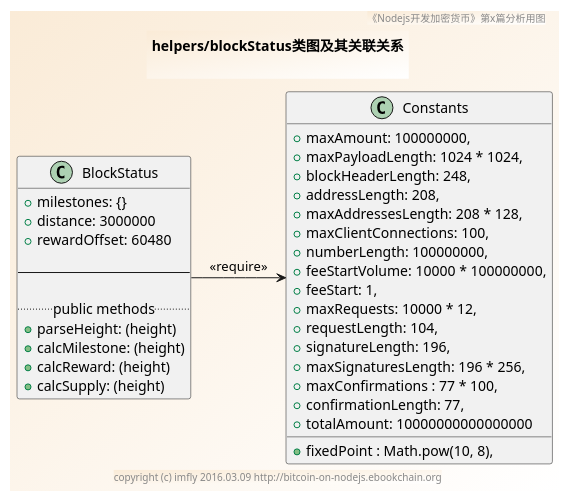
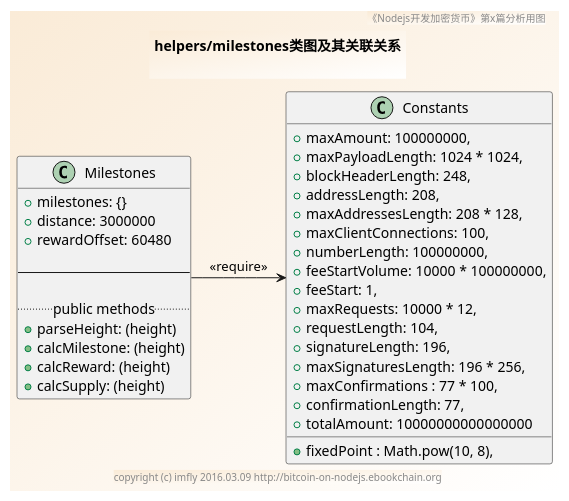
The diagram in sources/helpers/blockStatus/class.pu (brightmanforever022/bitcoin-on-nodejs), drawn with PlantUML before and after one commit. The commit also changed 5 other files, not shown here.

```diff
--- a/sources/helpers/blockStatus/class.pu
+++ b/sources/helpers/blockStatus/class.pu
@@ -1,49 +1,49 @@
-@startuml ../../../styles/images/helpers/blockStatus/class.png
+@startuml ../../../styles/images/helpers/milestones/class.png
   skinparam BorderColor #blue\9932CC
   skinparam backgroundcolor AntiqueWhite/white
 
   title
-  helpers/blockStatus类图及其关联关系
+  helpers/milestones类图及其关联关系
 
   end title
   footer copyright (c) imfly 2016.03.09 http://bitcoin-on-nodejs.ebookchain.org
   header 《Nodejs开发加密货币》第x篇分析用图
 
-  ' helpers/blockStatus.js
-  Class BlockStatus {
+  ' helpers/milestones.js
+  Class Milestones {
     +milestones: {}
     +distance: 3000000
     +rewardOffset: 60480
 
     --
 
     .. public methods ..
     +parseHeight: (height)
     +calcMilestone: (height)
     +calcReward: (height)
     +calcSupply: (height)
   }
 
   Class Constants {
   	+maxAmount: 100000000,
   	+maxPayloadLength: 1024 * 1024,
   	+blockHeaderLength: 248,
   	+addressLength: 208,
   	+maxAddressesLength: 208 * 128,
   	+maxClientConnections: 100,
   	+numberLength: 100000000,
   	+feeStartVolume: 10000 * 100000000,
   	+feeStart: 1,
   	+maxRequests: 10000 * 12,
   	+requestLength: 104,
   	+signatureLength: 196,
   	+maxSignaturesLength: 196 * 256,
   	+maxConfirmations : 77 * 100,
   	+confirmationLength: 77,
   	+fixedPoint : Math.pow(10, 8),
   	+totalAmount: 10000000000000000
   }
 
   ' relationship
-  BlockStatus -> Constants: <<require>>
+  Milestones -> Constants: <<require>>
 @enduml
```
